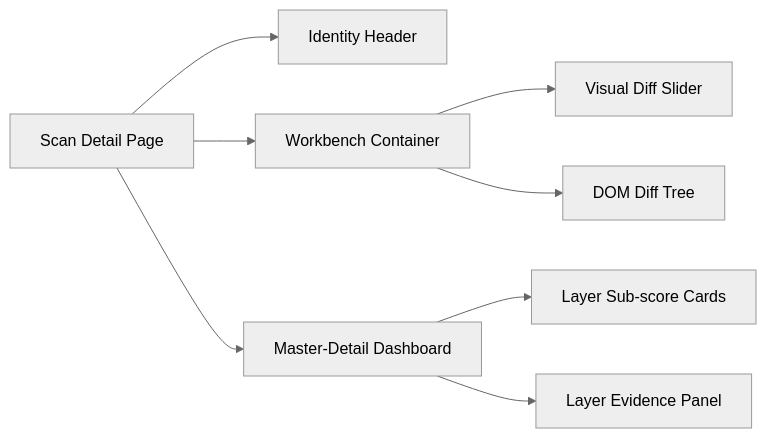
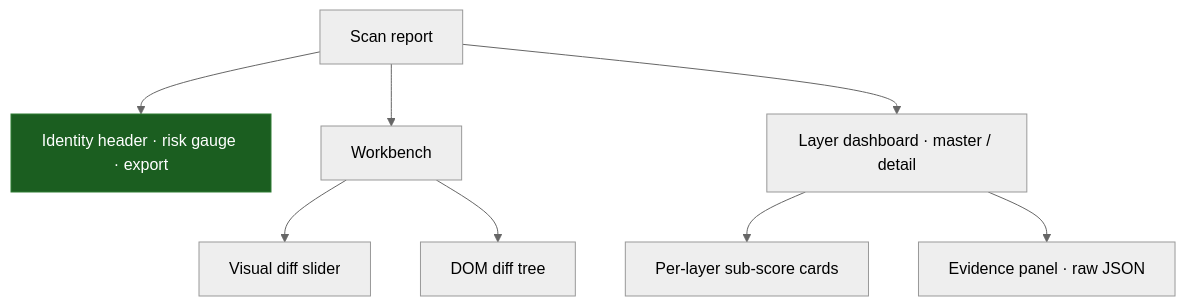
Before and after one commit to Ns81000/WARDRESS: the diagram in docs/frontend/scan-detail.mdx, drawn with Mermaid (neutral theme). The commit also changed other lines of this file and 20 other files, not shown here.

Commit message:
docs: initialize project documentation suite with architectural overviews, detection layer details, and frontend workbench guides

````diff
--- a/docs/frontend/scan-detail.mdx
+++ b/docs/frontend/scan-detail.mdx
@@ -13,12 +15,13 @@
 ```mermaid
-graph LR
-    PAGE[Scan Detail Page] --> HEADER[Identity Header]
-    PAGE --> WORKBENCH[Workbench Container]
-    
-    WORKBENCH --> VISUAL[Visual Diff Slider]
-    WORKBENCH --> DOM[DOM Diff Tree]
-    
-    PAGE --> DASHBOARD[Master-Detail Dashboard]
-    DASHBOARD --> MASTER[Layer Sub-score Cards]
-    DASHBOARD --> DETAIL[Layer Evidence Panel]
+flowchart TB
+    PAGE[Scan report] --> HEAD[Identity header · risk gauge · export]
+    PAGE --> WB[Workbench]
+    WB --> VIS[Visual diff slider]
+    WB --> DOM[DOM diff tree]
+    PAGE --> DASH[Layer dashboard · master / detail]
+    DASH --> CARDS[Per-layer sub-score cards]
+    DASH --> EV[Evidence panel · raw JSON]
+
+    classDef head fill:#1b5e20,stroke:#2e7d32,color:#fff;
+    class HEAD head;
 ```
````
